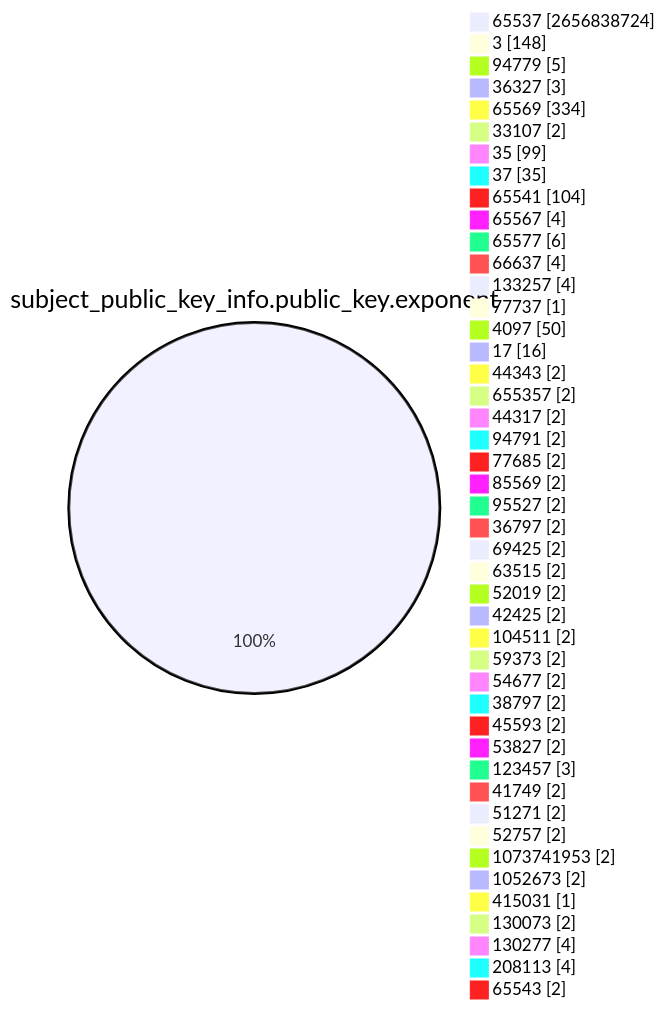
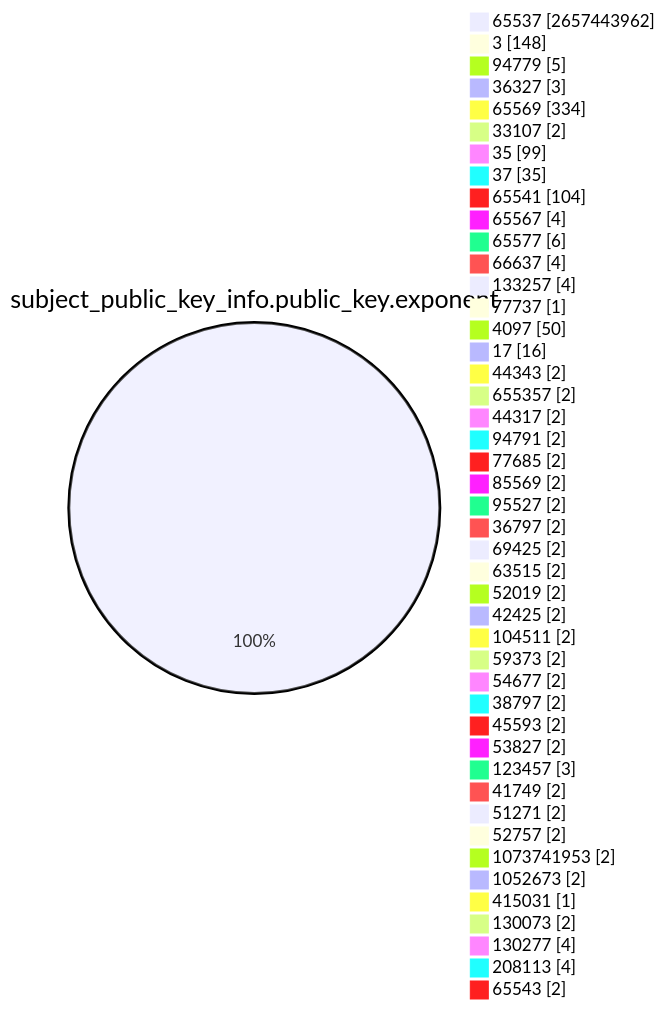
One commit to christiankrug/ctmonitor_visualization changed the fourth of 15 diagrams in TOTAL/README.md. Above: the diagram before and after it, drawn with Mermaid. The commit also changed other lines of this file, not shown here.

````diff
--- a/TOTAL/README.md
+++ b/TOTAL/README.md
@@ -1467,49 +1467,49 @@
 ```mermaid
 pie showData
 title subject_public_key_info.public_key.exponent
-"65537" :2656838724
+"65537" :2657443962
 "3" :148
 "94779" :5
 "36327" :3
 "65569" :334
 "33107" :2
 "35" :99
 "37" :35
 "65541" :104
 "65567" :4
 "65577" :6
 "66637" :4
 "133257" :4
 "77737" :1
 "4097" :50
 "17" :16
 "44343" :2
 "655357" :2
 "44317" :2
 "94791" :2
 "77685" :2
 "85569" :2
 "95527" :2
 "36797" :2
 "69425" :2
 "63515" :2
 "52019" :2
 "42425" :2
 "104511" :2
 "59373" :2
 "54677" :2
 "38797" :2
 "45593" :2
 "53827" :2
 "123457" :3
 "41749" :2
 "51271" :2
 "52757" :2
 "1073741953" :2
 "1052673" :2
 "415031" :1
 "130073" :2
 "130277" :4
 "208113" :4
 "65543" :2
 ```
````
